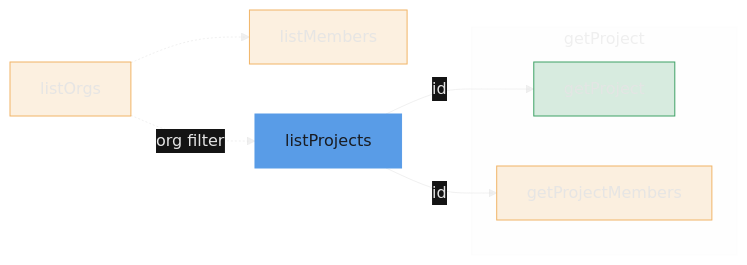
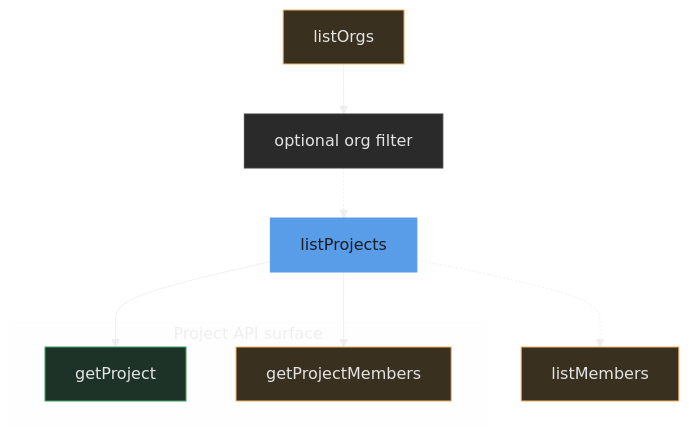
Before and after one commit to mrzmyr/agent-plugin: the fourth of 10 diagrams in skills/create-mermaid/README.md, drawn with Mermaid. The commit also changed other lines of this file, not shown here.

First line of the commit message:
Keep without/with mermaid pairs on the same snapshot.

````diff
--- a/skills/create-mermaid/README.md
+++ b/skills/create-mermaid/README.md
@@ -69,20 +79,25 @@
 ```mermaid
 %%{init: {'theme': 'base', 'themeVariables': {'primaryColor': '#181818', 'primaryTextColor': '#E4E4E4', 'primaryBorderColor': '#E4E4E433', 'lineColor': '#E4E4E48D', 'secondaryColor': '#141414', 'tertiaryColor': '#E4E4E411'}}}%%
-flowchart LR
-  listOrgs:::warning
-  listMembers:::warning
-  listProjects:::primary
-  subgraph getPair[getProject]
-    getProject:::success
-    getProjectMembers:::warning
+flowchart TB
+  listOrgs["listOrgs"]
+  optOrg["optional org filter"]
+  listProjects["listProjects"]
+  listMembers["listMembers"]
+  subgraph api["Project API surface"]
+    getProject["getProject"]
+    getProjectMembers["getProjectMembers"]
   end
-  listOrgs -.->|org filter| listProjects
-  listOrgs -.-> listMembers
-  listProjects -->|id| getProject
-  listProjects -->|id| getProjectMembers
-  classDef info fill:#81A1C133,stroke:#81A1C1,color:#E4E4E4EB
-  classDef success fill:#3FA26633,stroke:#3FA266,color:#E4E4E4EB
-  classDef warning fill:#F1B46733,stroke:#F1B467,color:#E4E4E4EB
-  classDef neutral fill:#E4E4E411,stroke:#E4E4E414,color:#E4E4E4EB
+  listOrgs --> optOrg
+  optOrg -.-> listProjects
+  listProjects --> getProject
+  listProjects --> getProjectMembers
+  listProjects -.-> listMembers
+  class listProjects primary
+  class getProject success
+  class optOrg neutral
+  class listOrgs,listMembers,getProjectMembers warning
   classDef primary fill:#599CE7,stroke:#599CE7,color:#191c22
+  classDef success fill:#1e3328,stroke:#3FA266,color:#E4E4E4
+  classDef warning fill:#3a3020,stroke:#F1B467,color:#E4E4E4
+  classDef neutral fill:#2a2a2a,stroke:#3d3d3d,color:#E4E4E4
 ```
````
